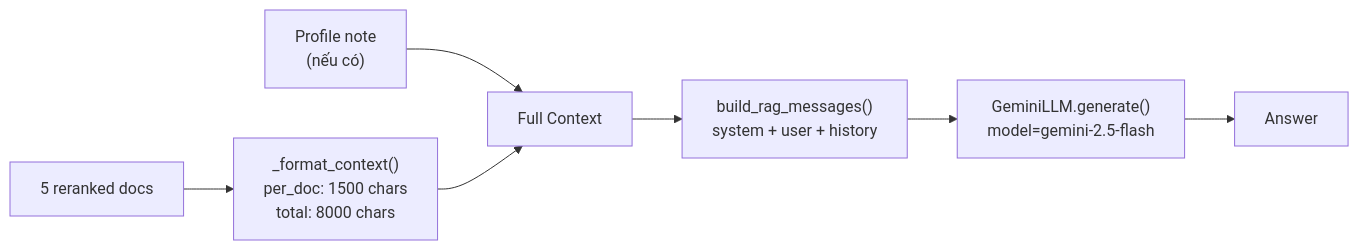
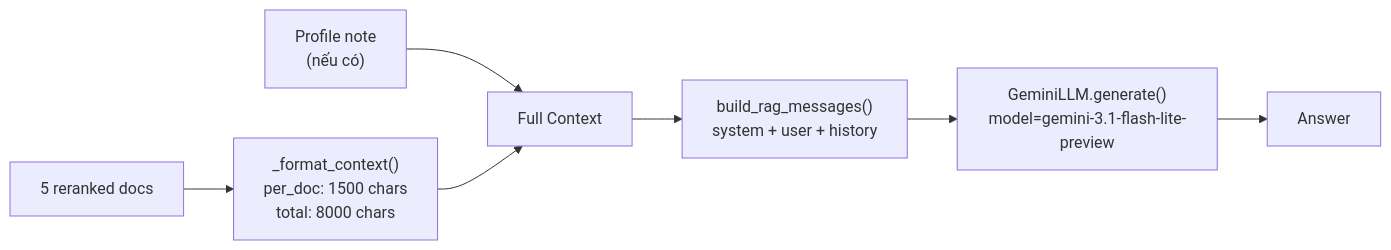
The sixth of 7 diagrams in src/RAG_v2/rag_v2_project_structure.md (hoainam183/GR), drawn with Mermaid before and after one commit. The commit also changed other lines of this file and 417 other files, not shown here.

````diff
--- a/src/RAG_v2/rag_v2_project_structure.md
+++ b/src/RAG_v2/rag_v2_project_structure.md
@@ -487,9 +487,9 @@
 ```mermaid
 flowchart LR
     DOCS["5 reranked docs"] --> FMT["_format_context()<br/>per_doc: 1500 chars<br/>total: 8000 chars"]
     PROF["Profile note<br/>(nếu có)"] --> CTX["Full Context"]
     FMT --> CTX
     CTX --> MSGS["build_rag_messages()<br/>system + user + history"]
-    MSGS --> LLM["GeminiLLM.generate()<br/>model=gemini-2.5-flash"]
+    MSGS --> LLM["GeminiLLM.generate()<br/>model=gemini-3.1-flash-lite-preview"]
     LLM --> ANS["Answer"]
 ```
````
